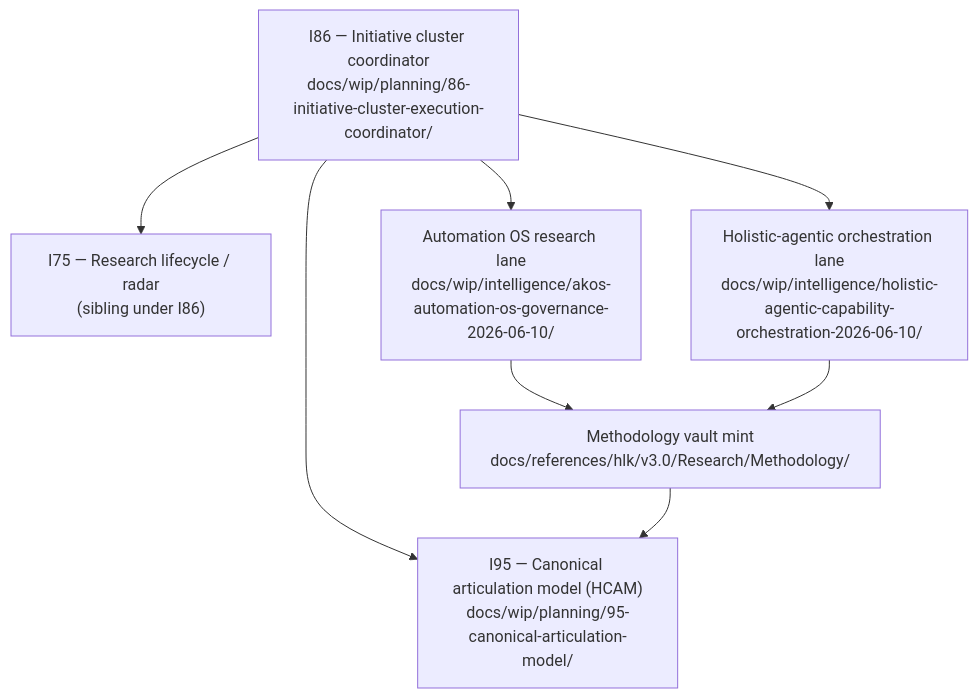
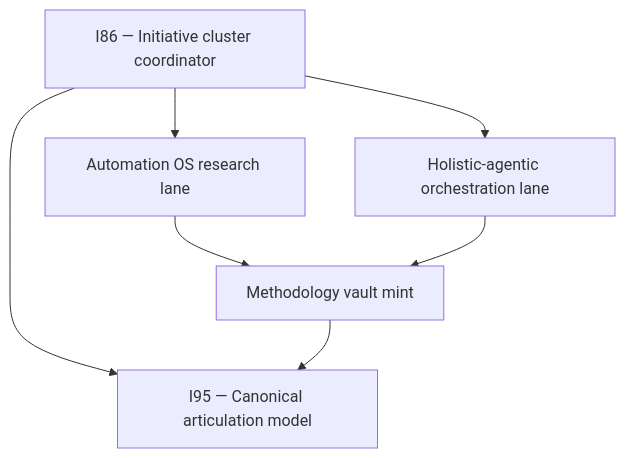
One commit to FraysaXII/openclaw-akos changed the diagram in docs/wip/intelligence/akos-automation-os-governance-2026-06-10/session-recap-2026-06-10.md. Above: the diagram before and after it, drawn with Mermaid. The commit also changed other lines of this file, not shown here.

First line of the commit message:
docs(automation-os): holistic session recap and steering checkpoint

````diff
--- a/docs/wip/intelligence/akos-automation-os-governance-2026-06-10/session-recap-2026-06-10.md
+++ b/docs/wip/intelligence/akos-automation-os-governance-2026-06-10/session-recap-2026-06-10.md
@@ -25,17 +71,29 @@
 ```mermaid
+
 flowchart TB
-  I86["I86 — Initiative cluster coordinator<br/>docs/wip/planning/86-initiative-cluster-execution-coordinator/"]
-  I95["I95 — Canonical articulation model (HCAM)<br/>docs/wip/planning/95-canonical-articulation-model/"]
-  I75["I75 — Research lifecycle / radar<br/>(sibling under I86)"]
-  AUTO["Automation OS research lane<br/>docs/wip/intelligence/akos-automation-os-governance-2026-06-10/"]
-  HOL["Holistic-agentic orchestration lane<br/>docs/wip/intelligence/holistic-agentic-capability-orchestration-2026-06-10/"]
-  METH["Methodology vault mint<br/>docs/references/hlk/v3.0/Research/Methodology/"]
+
+  I86["I86 — Initiative cluster coordinator"]
+
+  I95["I95 — Canonical articulation model"]
+
+  AUTO["Automation OS research lane"]
+
+  HOL["Holistic-agentic orchestration lane"]
+
+  METH["Methodology vault mint"]
+
+
 
   I86 --> I95
-  I86 --> I75
+
   I86 --> AUTO
+
   I86 --> HOL
+
   AUTO --> METH
+
   HOL --> METH
+
   METH --> I95
+
 ```
````
